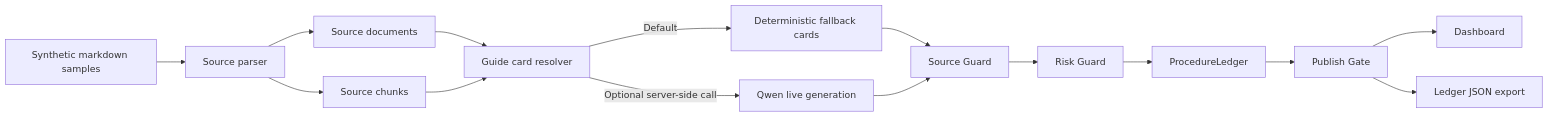
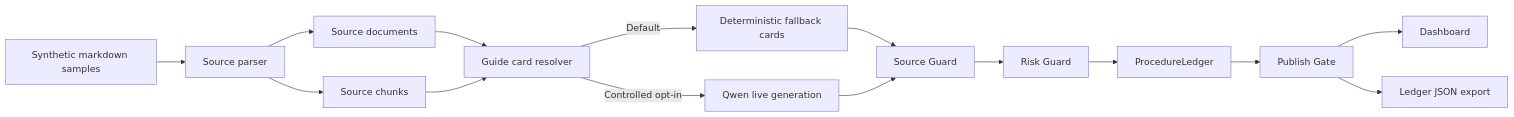
Before and after one commit to sofus-deng/tracecue: the diagram in README.md, drawn with Mermaid. The commit also changed other lines of this file, not shown here.

Commit message:
docs(readme): clarify qwen live generation guard

````diff
--- a/README.md
+++ b/README.md
@@ -52,17 +52,17 @@
 ```mermaid
 flowchart LR
   A[Synthetic markdown samples] --> B[Source parser]
   B --> C[Source documents]
   B --> D[Source chunks]
   C --> E[Guide card resolver]
   D --> E
   E -->|Default| F[Deterministic fallback cards]
-  E -->|Optional server-side call| G[Qwen live generation]
+  E -->|Controlled opt-in| G[Qwen live generation]
   F --> H[Source Guard]
   G --> H
   H --> I[Risk Guard]
   I --> J[ProcedureLedger]
   J --> K[Publish Gate]
   K --> L[Dashboard]
   K --> M[Ledger JSON export]
 ```
````
